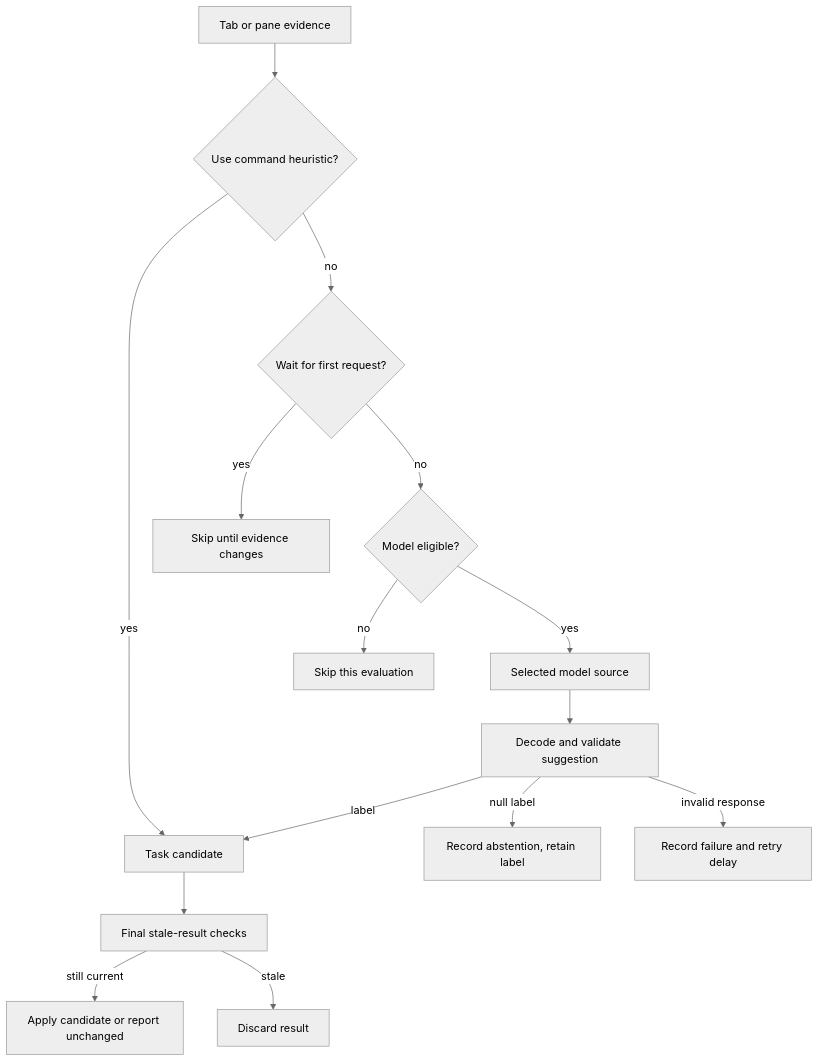
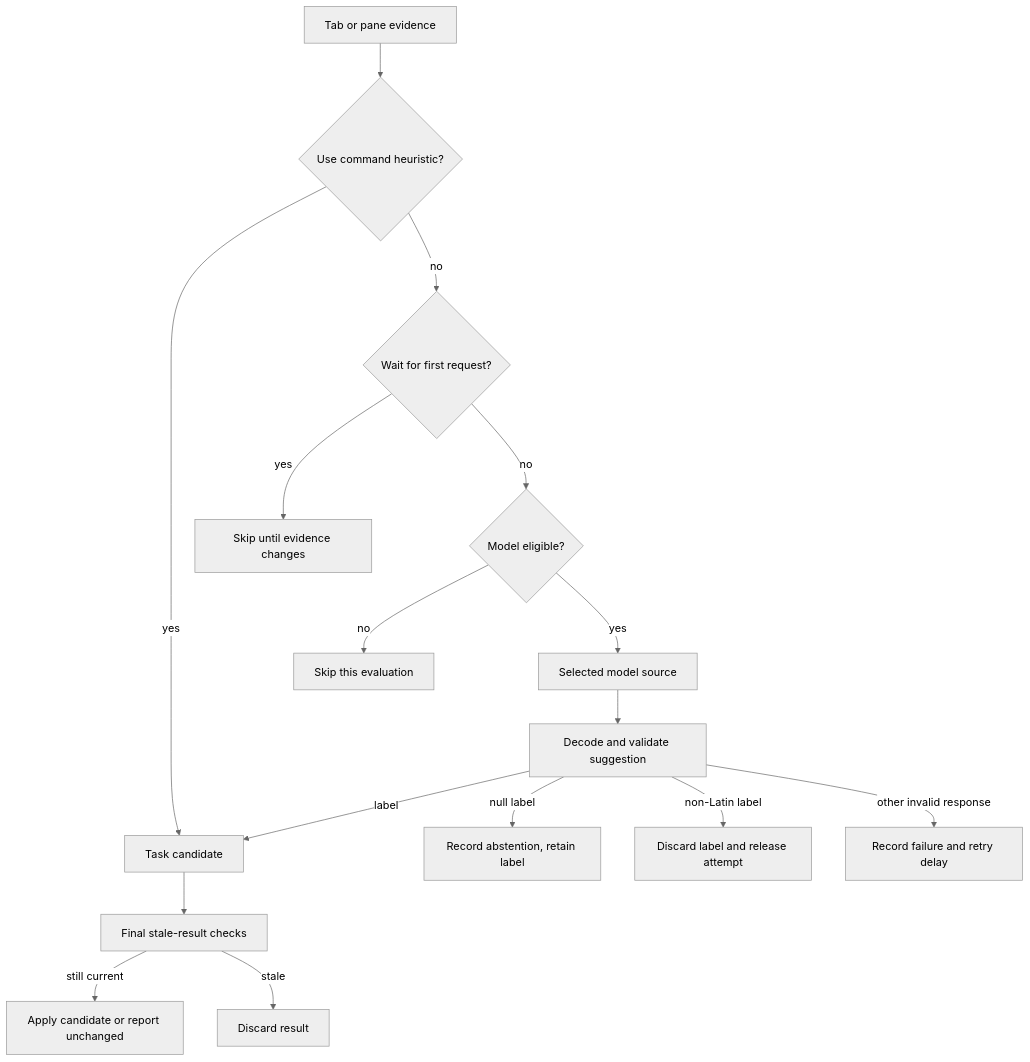
Before and after one commit to iurysza/herdr-tab-smart-rename: the first of 2 diagrams in ai-artifacts/architecture/naming-flow.md, drawn with Mermaid (neutral theme). The commit also changed other lines of this file and 57 other files, not shown here.

````diff
--- a/ai-artifacts/architecture/naming-flow.md
+++ b/ai-artifacts/architecture/naming-flow.md
@@ -45,17 +45,18 @@
 ```mermaid
 flowchart TD
     Evidence["Tab or pane evidence"] --> Heuristic{"Use command heuristic?"}
     Heuristic -->|yes| Candidate["Task candidate"]
     Heuristic -->|no| Startup{"Wait for first request?"}
     Startup -->|yes| Wait["Skip until evidence changes"]
     Startup -->|no| Gate{"Model eligible?"}
     Gate -->|no| Skip["Skip this evaluation"]
     Gate -->|yes| Model["Selected model source"]
     Model --> Decode["Decode and validate suggestion"]
     Decode -->|label| Candidate
     Decode -->|null label| Decline["Record abstention, retain label"]
-    Decode -->|invalid response| Failure["Record failure and retry delay"]
+    Decode -->|non-Latin label| Script["Discard label and release attempt"]
+    Decode -->|other invalid response| Failure["Record failure and retry delay"]
     Candidate --> Recheck["Final stale-result checks"]
     Recheck -->|still current| Write["Apply candidate or report unchanged"]
     Recheck -->|stale| Discard["Discard result"]
 ```
````
